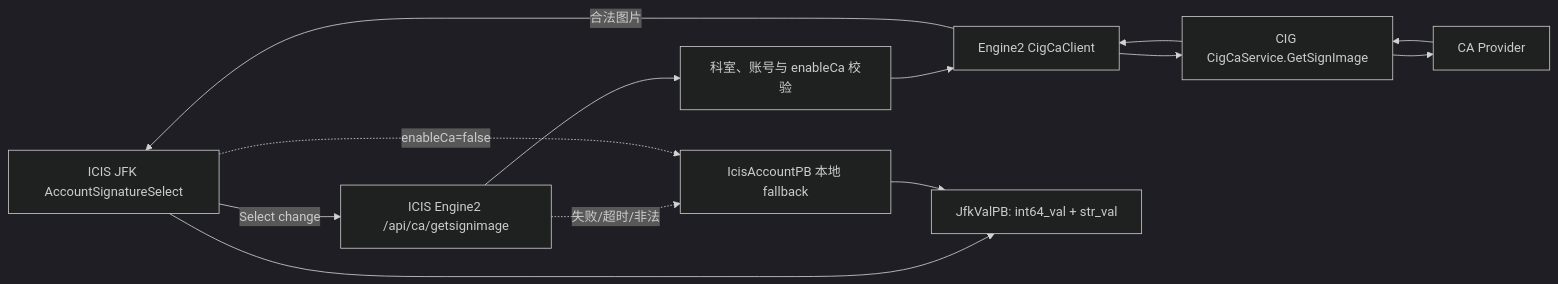
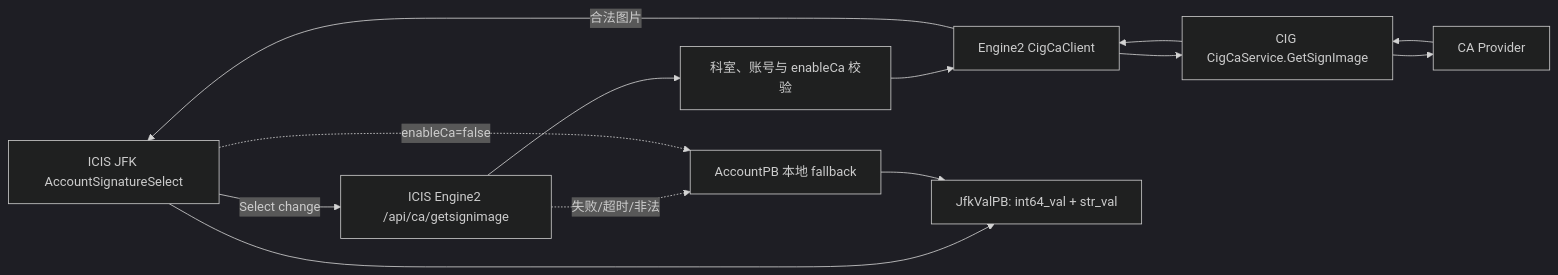
One commit to guzhenyu/jingyi_icis_engine2 changed the diagram in docs/requirements/jfk_account_signature_refactor_plan.md. Above: the diagram before and after it, drawn with Mermaid (dark theme). The commit also changed other lines of this file and 18 other files, not shown here.

````diff
--- a/docs/requirements/jfk_account_signature_refactor_plan.md
+++ b/docs/requirements/jfk_account_signature_refactor_plan.md
@@ -267,24 +267,24 @@
 ```mermaid
 flowchart LR
     UI["ICIS JFK AccountSignatureSelect"]
     API["ICIS Engine2 /api/ca/getsignimage"]
     AUTH["科室、账号与 enableCa 校验"]
     GRPC["Engine2 CigCaClient"]
     CIG["CIG CigCaService.GetSignImage"]
     PROVIDER["CA Provider"]
-    LOCAL["IcisAccountPB 本地 fallback"]
+    LOCAL["AccountPB 本地 fallback"]
     VAL["JfkValPB: int64_val + str_val"]
 
     UI -->|"Select change"| API
     API --> AUTH
     AUTH --> GRPC
     GRPC --> CIG
     CIG --> PROVIDER
     PROVIDER --> CIG
     CIG --> GRPC
     GRPC -->|"合法图片"| UI
     API -. "失败/超时/非法" .-> LOCAL
     UI -. "enableCa=false" .-> LOCAL
     UI --> VAL
     LOCAL --> VAL
 ```
````
